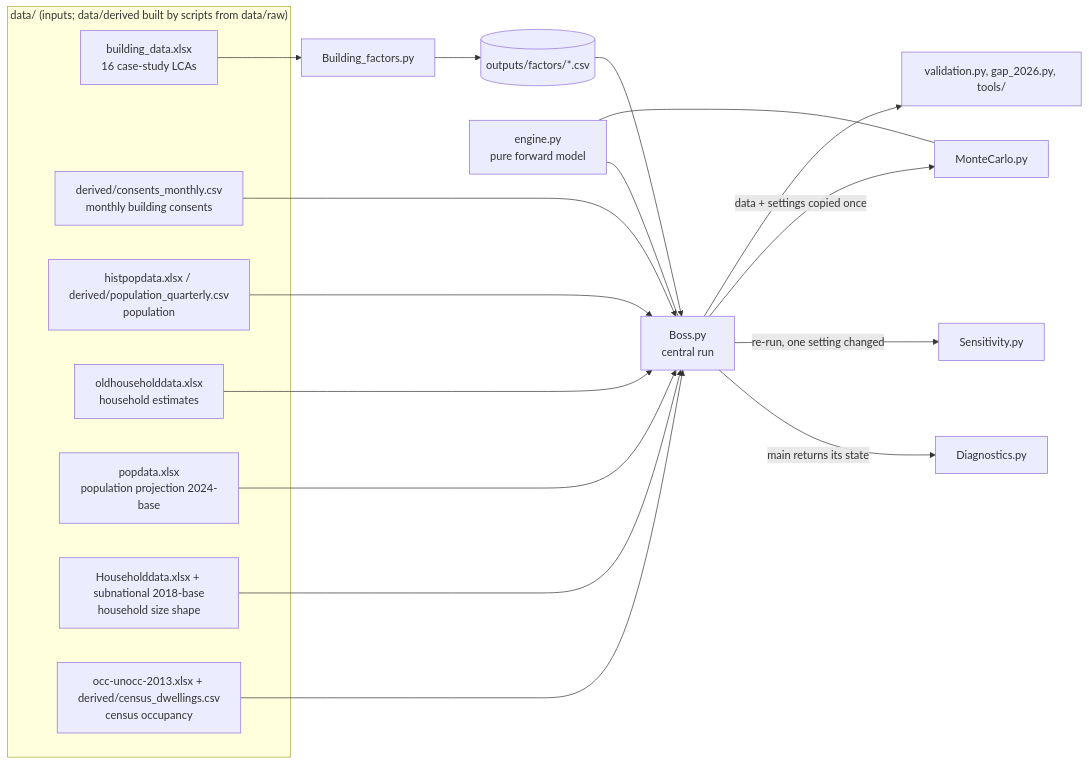
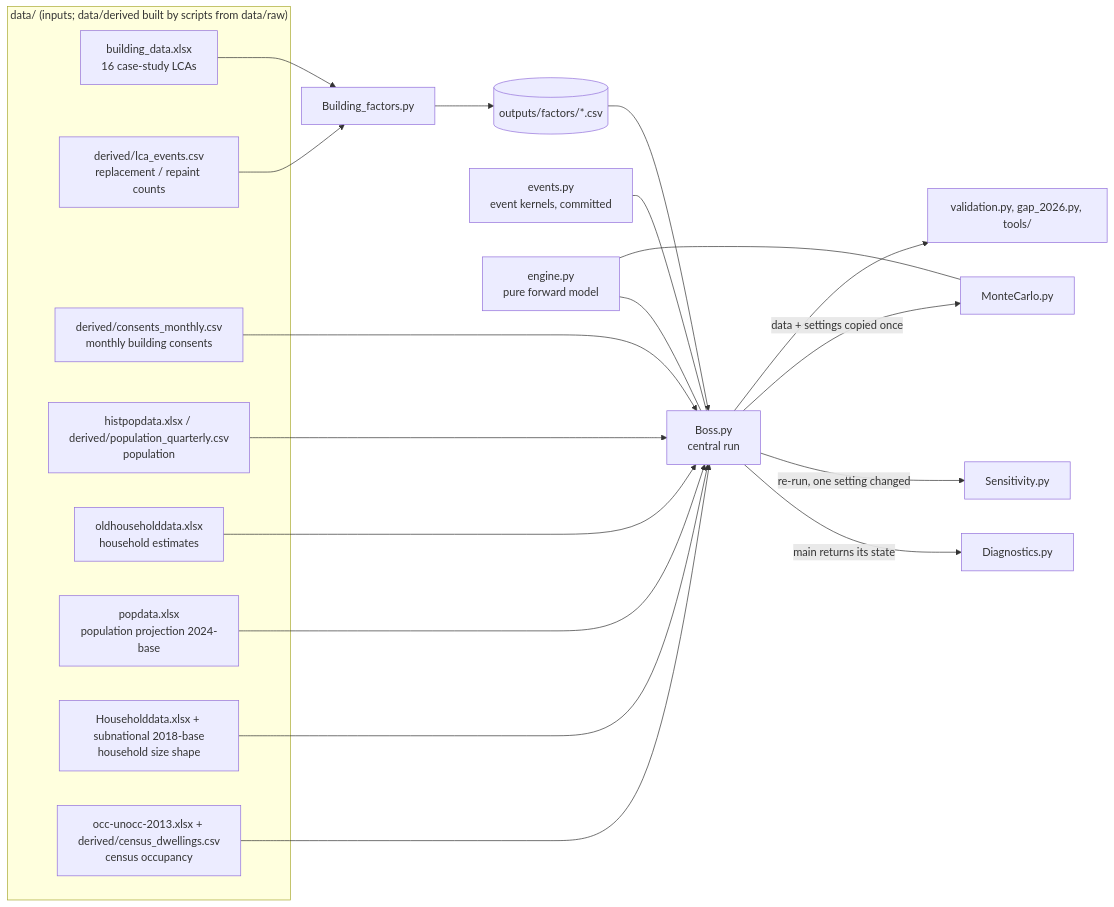
Before and after one commit to GerasimosChristoforatos/Pathway-Paper: the first of 2 diagrams in ARCHITECTURE.md, drawn with Mermaid. The commit also changed other lines of this file and 13 other files, not shown here.

````diff
--- a/ARCHITECTURE.md
+++ b/ARCHITECTURE.md
@@ -33,22 +37,24 @@
 ```mermaid
 flowchart LR
     subgraph inputs["data/ (inputs; data/derived built by scripts from data/raw)"]
         BD[building_data.xlsx<br/>16 case-study LCAs]
+        EV[derived/lca_events.csv<br/>replacement / repaint counts]
         CM[derived/consents_monthly.csv<br/>monthly building consents]
         HP[histpopdata.xlsx / derived/population_quarterly.csv<br/>population]
         OH[oldhouseholddata.xlsx<br/>household estimates]
         PP[popdata.xlsx<br/>population projection 2024-base]
         HH[Householddata.xlsx + subnational 2018-base<br/>household size shape]
         CE[occ-unocc-2013.xlsx + derived/census_dwellings.csv<br/>census occupancy]
     end
     BF[Building_factors.py] --> F[(outputs/factors/*.csv)]
-    BD --> BF
+    BD & EV --> BF
+    EVP[events.py<br/>event kernels, committed] --- BOSS
     F --> BOSS[Boss.py<br/>central run]
     ENG[engine.py<br/>pure forward model] --- BOSS
     ENG --- MC
     CM & HP & OH & PP & HH & CE --> BOSS
     BOSS -->|main returns its state| DIAG[Diagnostics.py]
     BOSS -->|re-run, one setting changed| SENS[Sensitivity.py]
     BOSS -->|data + settings copied once| MC[MonteCarlo.py]
     BOSS --> VAL[validation.py, gap_2026.py, tools/]
 ```
````
